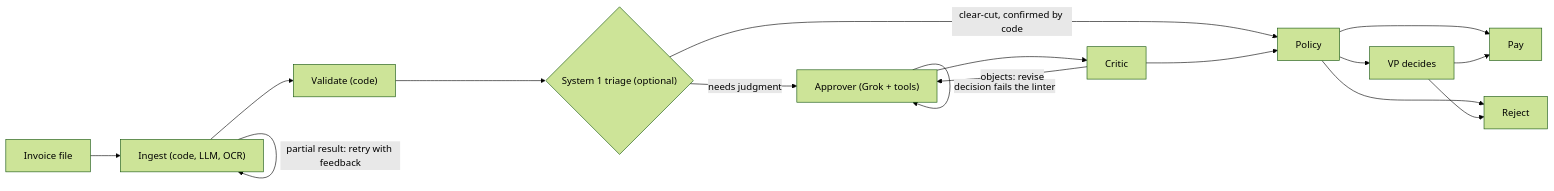
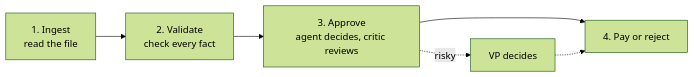
The diagram in README.md (yarikama/acme-invoice-agents), drawn with Mermaid (forest theme) before and after one commit. The commit also changed other lines of this file and 1 other file, not shown here.

````diff
--- a/README.md
+++ b/README.md
@@ -117,16 +49,8 @@
 ```mermaid
 flowchart LR
-  F[Invoice file] --> I["Ingest (code, LLM, OCR)"]
-  I -- "partial result: retry with feedback" --> I
-  I --> V["Validate (code)"]
-  V --> T{"System 1 triage (optional)"}
-  T -- "clear-cut, confirmed by code" --> D[Policy]
-  T -- "needs judgment" --> A["Approver (Grok + tools)"]
-  A -- "decision fails the linter" --> A
-  A --> C["Critic"]
-  C -- "objects: revise" --> A
-  C --> D
-  D --> P[Pay]
-  D --> R[Reject]
-  D --> H[VP decides] --> P & R
+  A[1. Ingest<br/>read the file] --> B[2. Validate<br/>check every fact]
+  B --> C[3. Approve<br/>agent decides, critic reviews]
+  C --> D[4. Pay or reject]
+  C -.->|risky| V[VP decides]
+  V -.-> D
 ```
````
